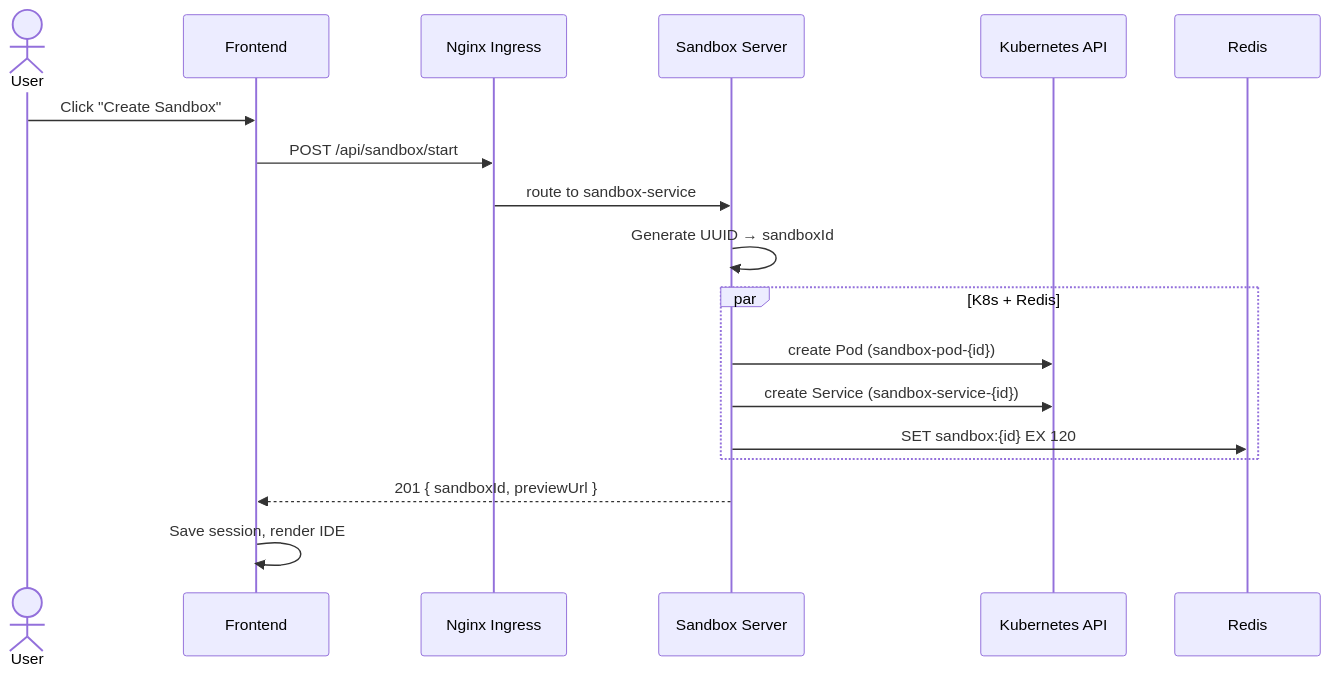
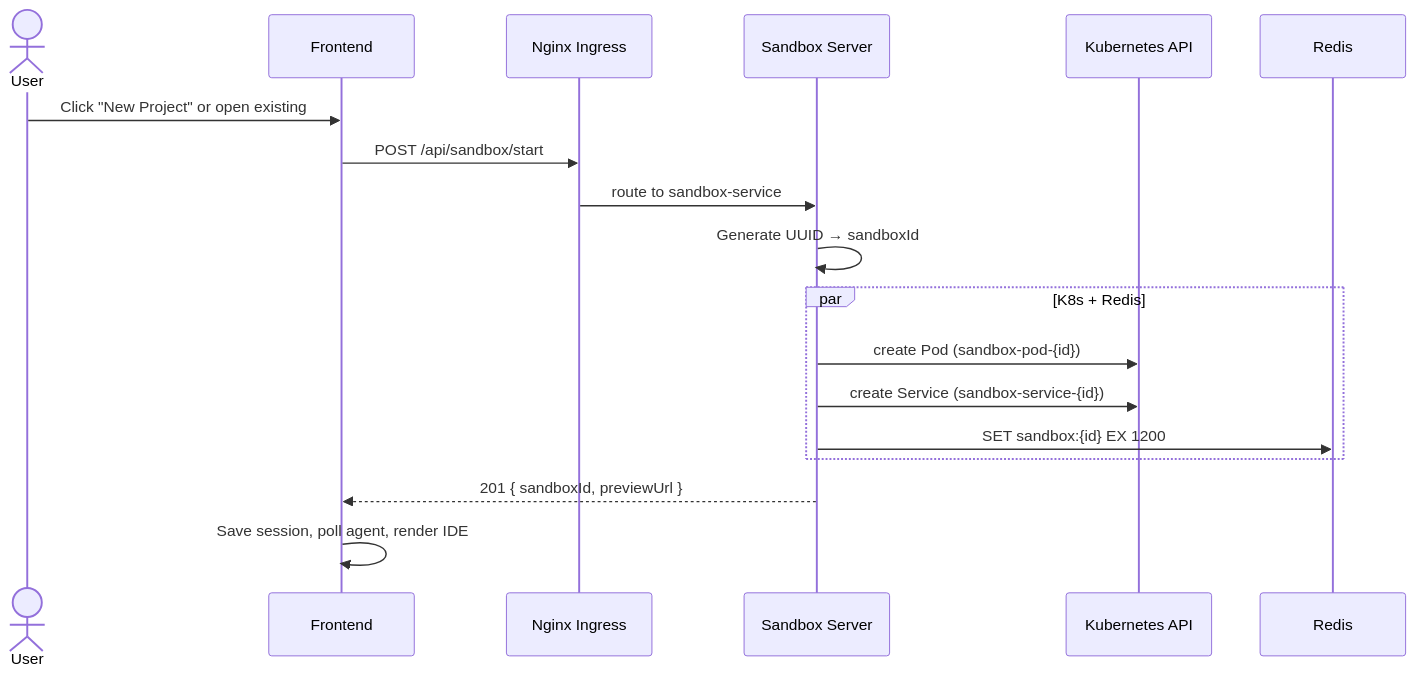
One commit to Abhishek-Kr-Saw/SyncSpace changed the second of 3 diagrams in README.md. Above: the diagram before and after it, drawn with Mermaid. The commit also changed other lines of this file and 5 other files, not shown here.

Commit message:
feat: implement AI code agent, landing screen, and sandbox app with Kubernetes configurations

````diff
--- a/README.md
+++ b/README.md
@@ -341,21 +363,21 @@
 ```mermaid
 sequenceDiagram
     actor User
     participant FE as Frontend
     participant ING as Nginx Ingress
     participant SB as Sandbox Server
     participant K8S as Kubernetes API
     participant RD as Redis
 
-    User->>FE: Click "Create Sandbox"
+    User->>FE: Click "New Project" or open existing
     FE->>ING: POST /api/sandbox/start
     ING->>SB: route to sandbox-service
     SB->>SB: Generate UUID → sandboxId
     par K8s + Redis
         SB->>K8S: create Pod (sandbox-pod-{id})
         SB->>K8S: create Service (sandbox-service-{id})
-        SB->>RD: SET sandbox:{id} EX 120
+        SB->>RD: SET sandbox:{id} EX 1200
     end
     SB-->>FE: 201 { sandboxId, previewUrl }
-    FE->>FE: Save session, render IDE
+    FE->>FE: Save session, poll agent, render IDE
 ```
````
